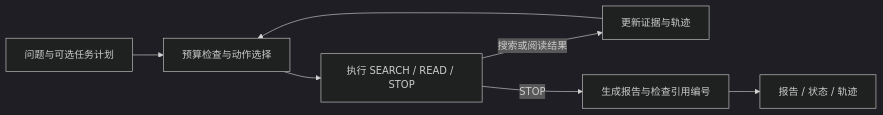
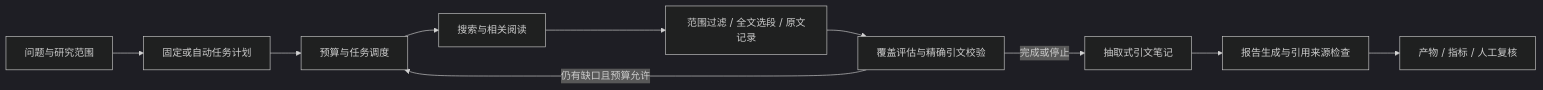
One commit to jackson-119/Adaptive-Deep-Research-Agent changed the diagram in README.md. Above: the diagram before and after it, drawn with Mermaid (dark theme). The commit also changed other lines of this file and 15 other files, not shown here.

````diff
--- a/README.md
+++ b/README.md
@@ -189,9 +193,12 @@
 ```mermaid
 flowchart LR
-    Input[问题与可选任务计划] --> Decide[预算检查与动作选择]
-    Decide --> Execute[执行 SEARCH / READ / STOP]
-    Execute -->|搜索或阅读结果| State[更新证据与轨迹]
-    State --> Decide
-    Execute -->|STOP| Write[生成报告与检查引用编号]
-    Write --> Output[报告 / 状态 / 轨迹]
+    Input[问题与研究范围] --> Plan[固定或自动任务计划]
+    Plan --> Decide[预算与任务调度]
+    Decide --> Research[搜索与相关阅读]
+    Research --> Evidence[范围过滤 / 全文选段 / 原文记录]
+    Evidence --> Assess[覆盖评估与精确引文校验]
+    Assess -->|仍有缺口且预算允许| Decide
+    Assess -->|完成或停止| Notes[抽取式引文笔记]
+    Notes --> Write[报告生成与引用来源检查]
+    Write --> Output[产物 / 指标 / 人工复核]
 ```
````
